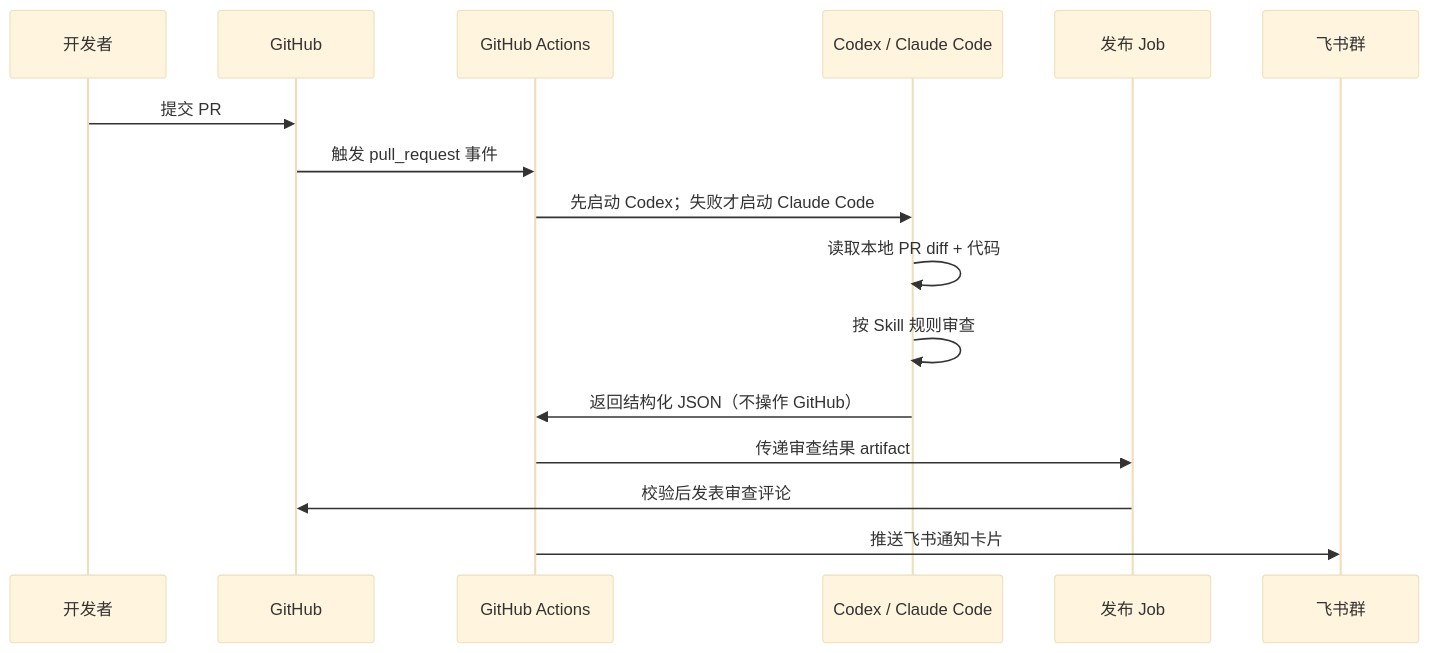
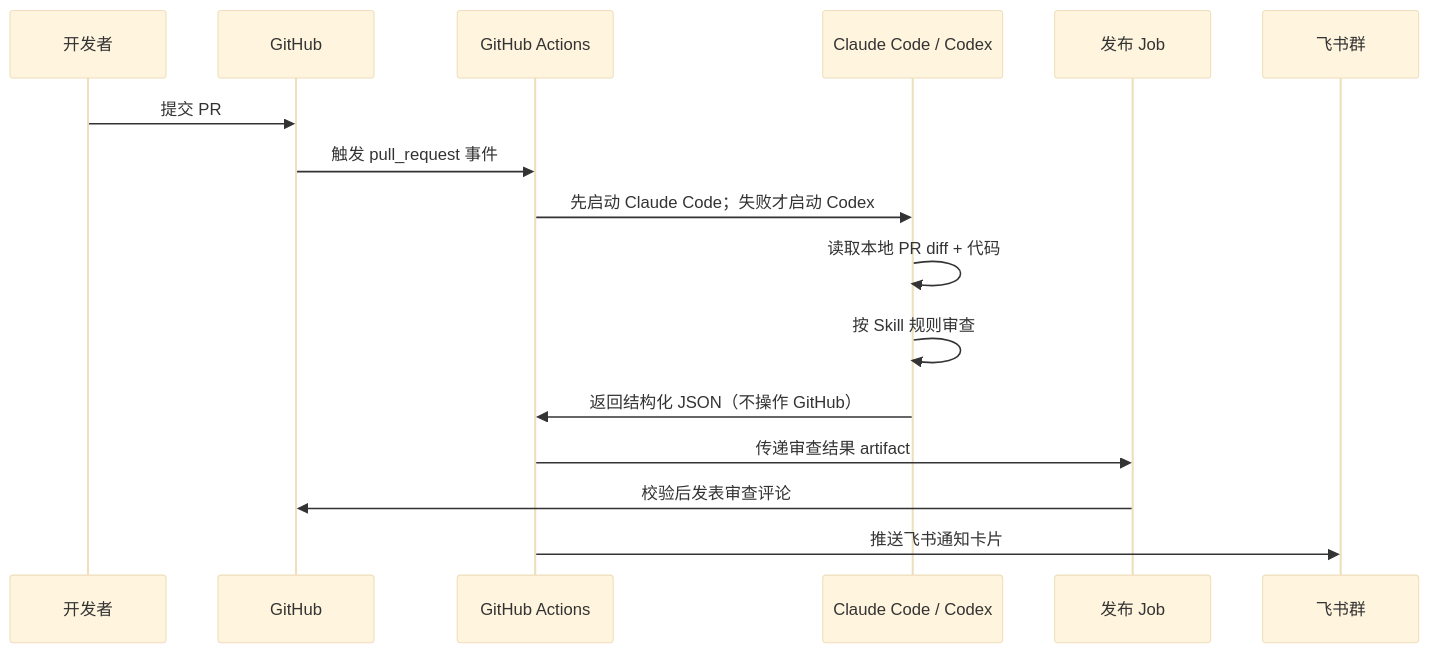
Before and after one commit to Lightspeed-Intelligence/agentic-workflow-template: the first of 13 diagrams in docs/code-review-design.md, drawn with Mermaid (base theme). The commit also changed other lines of this file and 13 other files, not shown here.

First line of the commit message:
feat(agentic): 改为 Claude Code 主链路、Codex fallback

````diff
--- a/docs/code-review-design.md
+++ b/docs/code-review-design.md
@@ -17,19 +17,19 @@
 ```mermaid
 sequenceDiagram
     participant Dev as 开发者
     participant GH as GitHub
     participant CI as GitHub Actions
-    participant AI as Codex / Claude Code
+    participant AI as Claude Code / Codex
     participant Pub as 发布 Job
     participant FS as 飞书群
 
     Dev->>GH: 提交 PR
     GH->>CI: 触发 pull_request 事件
-    CI->>AI: 先启动 Codex；失败才启动 Claude Code
+    CI->>AI: 先启动 Claude Code；失败才启动 Codex
     AI->>AI: 读取本地 PR diff + 代码
     AI->>AI: 按 Skill 规则审查
     AI->>CI: 返回结构化 JSON（不操作 GitHub）
     CI->>Pub: 传递审查结果 artifact
     Pub->>GH: 校验后发表审查评论
     CI->>FS: 推送飞书通知卡片
 ```
````
